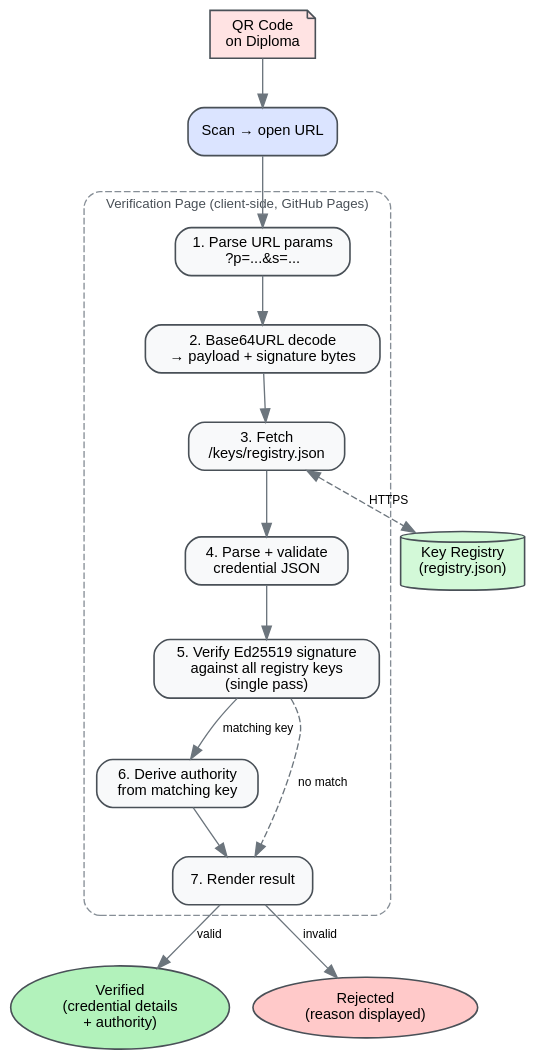
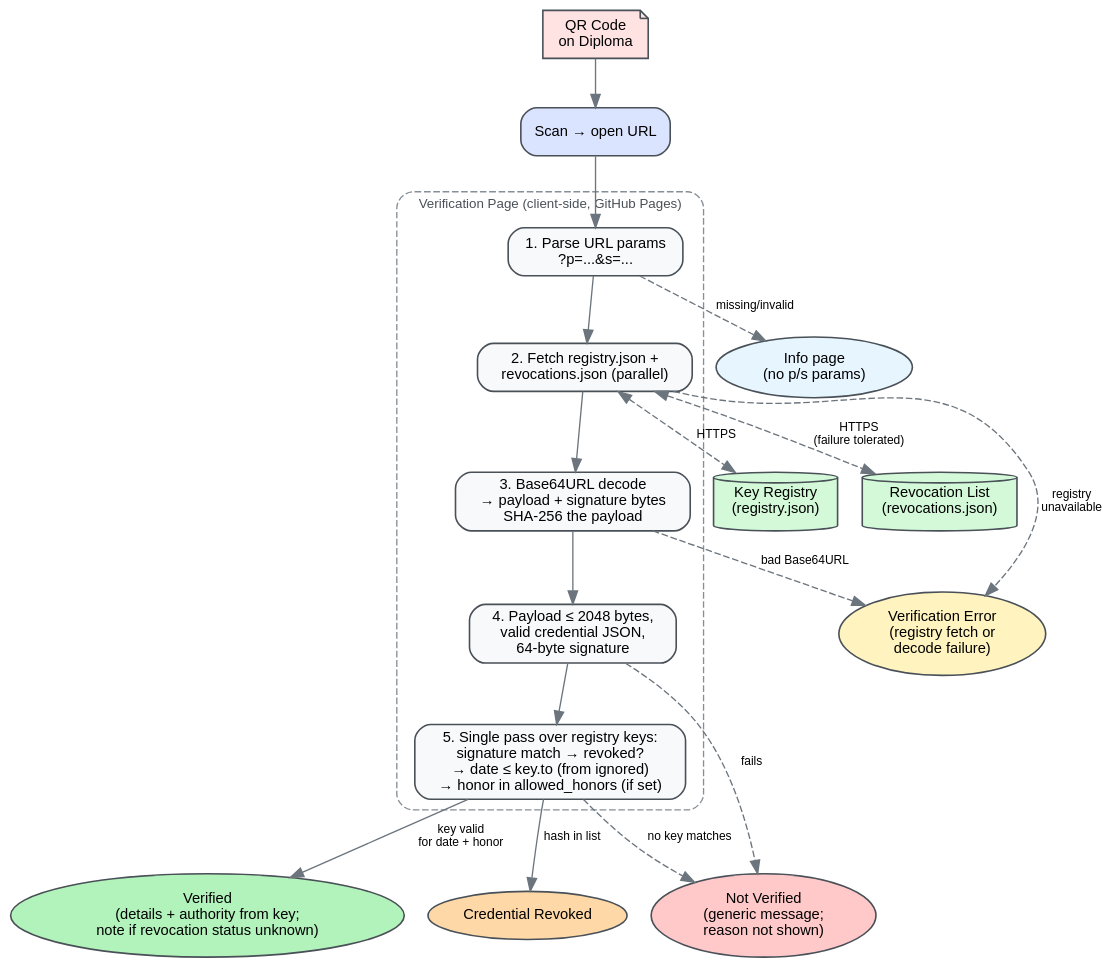
The diagram in docs/verification-flow.dot (RoyalHouseOfGeorgia/rhg_authenticator), drawn with Graphviz before and after one commit. The commit also changed 29 other files, not shown here.

```diff
--- a/docs/verification-flow.dot
+++ b/docs/verification-flow.dot
@@ -1,49 +1,54 @@
 digraph verification_flow {
     rankdir=TB;
     bgcolor="transparent";
     node [fontname="Helvetica", fontsize=11, style="filled,rounded", shape=box, fillcolor="#f8f9fa", color="#495057", penwidth=1.2];
     edge [fontname="Helvetica", fontsize=9, color="#6c757d"];
 
     // Entry
     qr [label="QR Code\non Diploma", shape=note, fillcolor="#ffe3e3"];
     scan [label="Scan → open URL", fillcolor="#dbe4ff"];
 
-    // Verification steps
+    // Verification steps (src/verify-page.ts → src/verify.ts)
     subgraph cluster_browser {
         label="Verification Page (client-side, GitHub Pages)";
         labeljust=l;
         style="dashed,rounded";
         color="#868e96";
         fontname="Helvetica";
         fontsize=10;
         fontcolor="#495057";
 
         parse [label="1. Parse URL params\n?p=...&s=..."];
-        decode [label="2. Base64URL decode\n→ payload + signature bytes"];
-        fetch_reg [label="3. Fetch\n/keys/registry.json"];
-        parse_cred [label="4. Parse + validate\ncredential JSON"];
-        verify_sig [label="5. Verify Ed25519 signature\nagainst all registry keys\n(single pass)"];
-        derive [label="6. Derive authority\nfrom matching key"];
-        render [label="7. Render result"];
+        fetch [label="2. Fetch registry.json +\nrevocations.json (parallel)"];
+        decode [label="3. Base64URL decode\n→ payload + signature bytes\nSHA-256 the payload"];
+        checks [label="4. Payload ≤ 2048 bytes,\nvalid credential JSON,\n64-byte signature"];
+        keys [label="5. Single pass over registry keys:\nsignature match → revoked?\n→ date ≤ key.to (from ignored)\n→ honor in allowed_honors (if set)"];
     }
 
     registry [label="Key Registry\n(registry.json)", shape=cylinder, fillcolor="#d3f9d8"];
+    revocations [label="Revocation List\n(revocations.json)", shape=cylinder, fillcolor="#d3f9d8"];
 
-    // Success/failure
-    success [label="Verified\n(credential details\n+ authority)", fillcolor="#b2f2bb", shape=oval];
-    failure [label="Rejected\n(reason displayed)", fillcolor="#ffc9c9", shape=oval];
+    // Outcomes (renderResult)
+    info [label="Info page\n(no p/s params)", fillcolor="#e7f5ff", shape=oval];
+    error [label="Verification Error\n(registry fetch or\ndecode failure)", fillcolor="#fff3bf", shape=oval];
+    success [label="Verified\n(details + authority from key;\nnote if revocation status unknown)", fillcolor="#b2f2bb", shape=oval];
+    revoked [label="Credential Revoked", fillcolor="#ffd8a8", shape=oval];
+    failure [label="Not Verified\n(generic message;\nreason not shown)", fillcolor="#ffc9c9", shape=oval];
 
     // Edges
     qr -> scan;
     scan -> parse;
-    parse -> decode;
-    decode -> fetch_reg;
-    fetch_reg -> registry [style=dashed, dir=both, label="HTTPS"];
-    fetch_reg -> parse_cred;
-    parse_cred -> verify_sig;
-    verify_sig -> derive [label="matching key"];
-    derive -> render;
-    render -> success [label="valid"];
-    verify_sig -> render [label="no match", style=dashed];
-    render -> failure [label="invalid"];
+    parse -> info [label="missing/invalid", style=dashed];
+    parse -> fetch;
+    fetch -> registry [style=dashed, dir=both, label="HTTPS"];
+    fetch -> revocations [style=dashed, dir=both, label="HTTPS\n(failure tolerated)"];
+    fetch -> error [label="registry\nunavailable", style=dashed];
+    fetch -> decode;
+    decode -> error [label="bad Base64URL", style=dashed];
+    decode -> checks;
+    checks -> failure [label="fails", style=dashed];
+    checks -> keys;
+    keys -> revoked [label="hash in list"];
+    keys -> success [label="key valid\nfor date + honor"];
+    keys -> failure [label="no key matches", style=dashed];
 }
```
